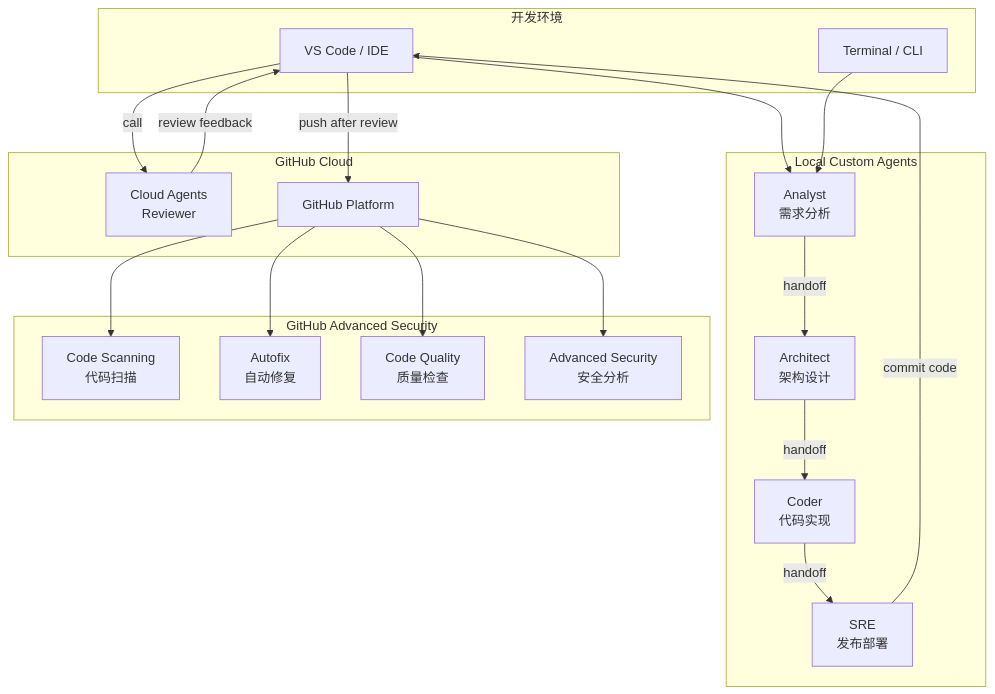
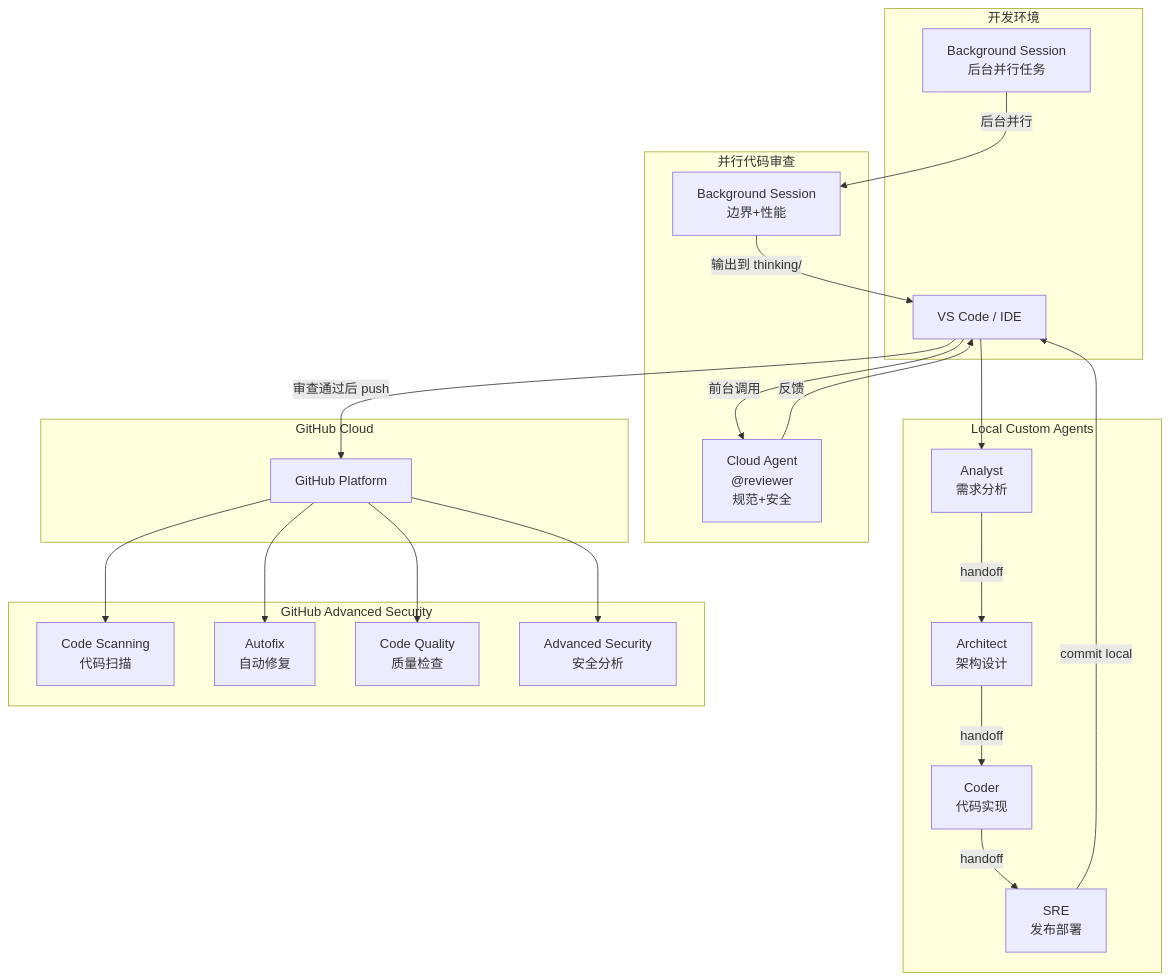
The first of 4 diagrams in labs/agents/README.md (ghcpSharing/library), drawn with Mermaid before and after one commit. The commit also changed other lines of this file and 2 other files, not shown here.

Commit message:
prepare agents demo

````diff
--- a/labs/agents/README.md
+++ b/labs/agents/README.md
@@ -25,43 +25,48 @@
 ```mermaid
 graph TB
     subgraph "开发环境"
         IDE[VS Code / IDE]
-        CLI[Terminal / CLI]
+        BG[Background Session<br/>后台并行任务]
     end
     
     subgraph "Local Custom Agents"
         A1[Analyst<br/>需求分析]
         A2[Architect<br/>架构设计]
         A3[Coder<br/>代码实现]
         A4[SRE<br/>发布部署]
     end
     
+    subgraph "并行代码审查"
+        CA[Cloud Agent<br/>@reviewer<br/>规范+安全]
+        BGS[Background Session<br/>边界+性能]
+    end
+    
     subgraph "GitHub Cloud"
-        CA[Cloud Agents<br/>Reviewer]
         GH[GitHub Platform]
     end
     
     subgraph "GitHub Advanced Security"
         CS[Code Scanning<br/>代码扫描]
         AF[Autofix<br/>自动修复]
         CQ[Code Quality<br/>质量检查]
         AS[Advanced Security<br/>安全分析]
     end
     
     IDE --> A1
     A1 -->|handoff| A2
     A2 -->|handoff| A3
     A3 -->|handoff| A4
-    A4 -->|commit code| IDE
+    A4 -->|commit local| IDE
     
-    CLI --> A1
+    IDE -->|前台调用| CA
+    BG -->|后台并行| BGS
+    CA -->|反馈| IDE
+    BGS -->|输出到 thinking/| IDE
     
-    IDE -->|call| CA
-    CA -->|review feedback| IDE
-    IDE -->|push after review| GH
+    IDE -->|审查通过后 push| GH
     
     GH --> CS
     GH --> AF
     GH --> CQ
     GH --> AS
 ```
````
